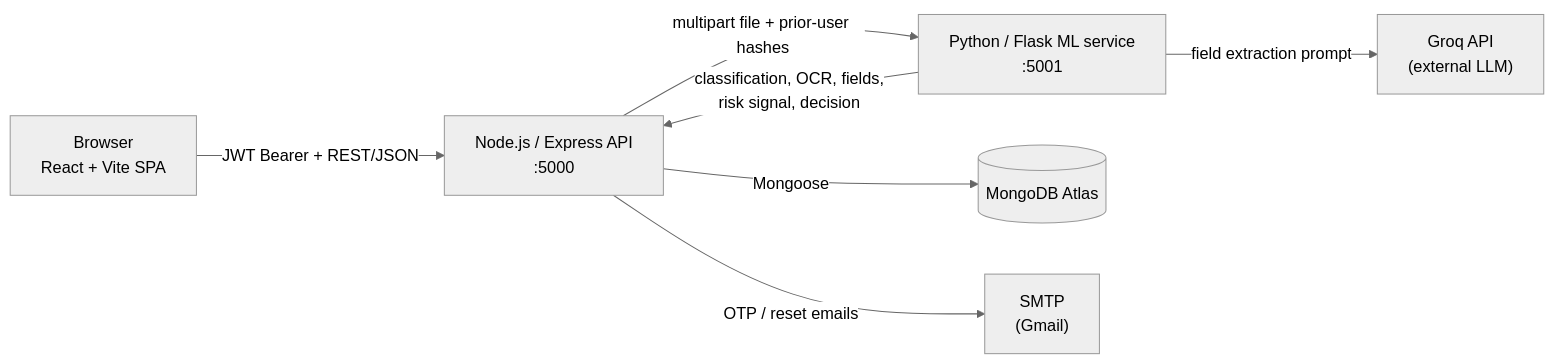
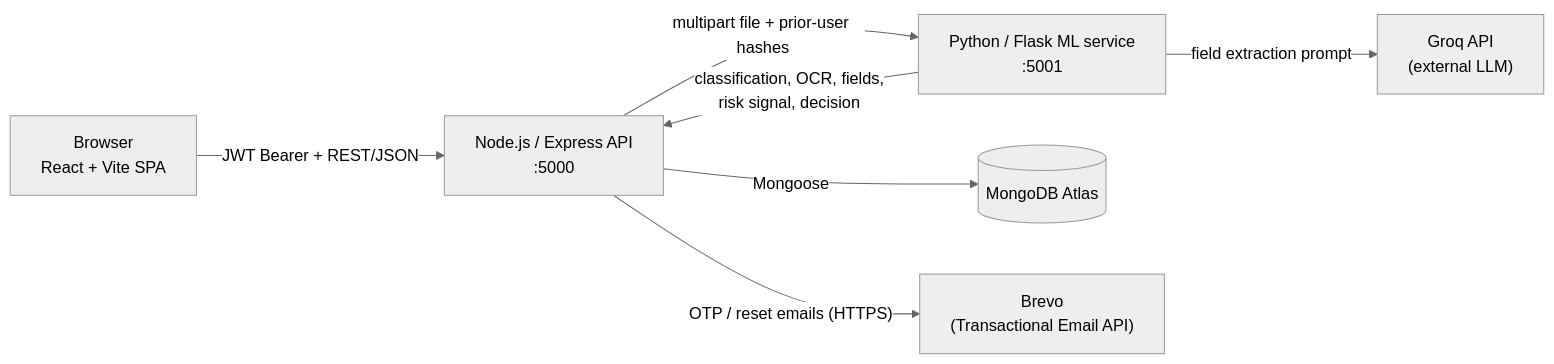
Before and after one commit to Gaznavi-Sheikh/AI-Powered-KYC-Verification: the diagram in README.md, drawn with Mermaid (neutral theme). The commit also changed other lines of this file and 2 other files, not shown here.

Commit message:
Brevo info add in readme file and about ml services

````diff
--- a/README.md
+++ b/README.md
@@ -68,16 +70,16 @@
 ```mermaid
 flowchart LR
     Browser["Browser<br/>React + Vite SPA"]
     API["Node.js / Express API<br/>:5000"]
     ML["Python / Flask ML service<br/>:5001"]
     DB[("MongoDB Atlas")]
     Groq["Groq API<br/>(external LLM)"]
-    SMTP["SMTP<br/>(Gmail)"]
+    Brevo["Brevo<br/>(Transactional Email API)"]
 
     Browser -- "JWT Bearer + REST/JSON" --> API
     API -- "multipart file + prior-user hashes" --> ML
     ML -- "classification, OCR, fields,<br/>risk signal, decision" --> API
     ML -- "field extraction prompt" --> Groq
     API -- "Mongoose" --> DB
-    API -- "OTP / reset emails" --> SMTP
+    API -- "OTP / reset emails (HTTPS)" --> Brevo
 ```
````
